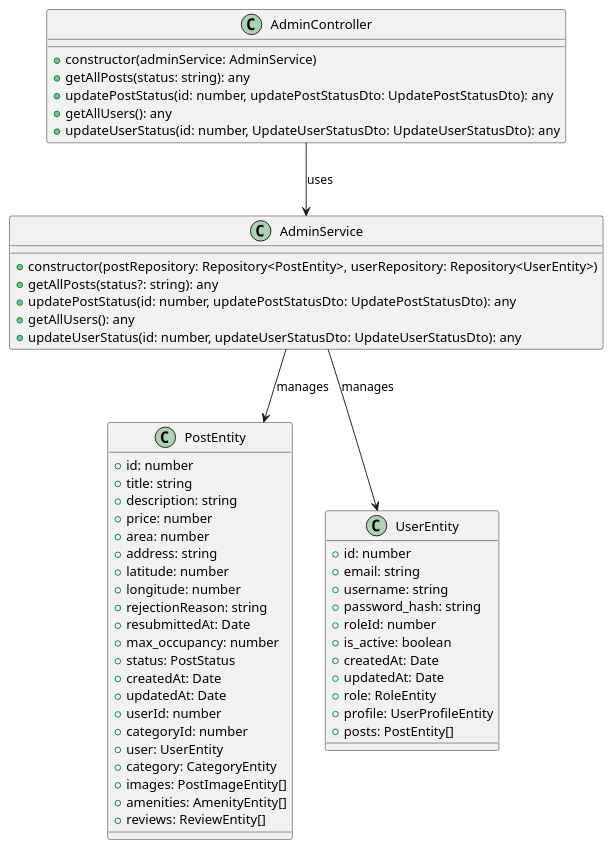
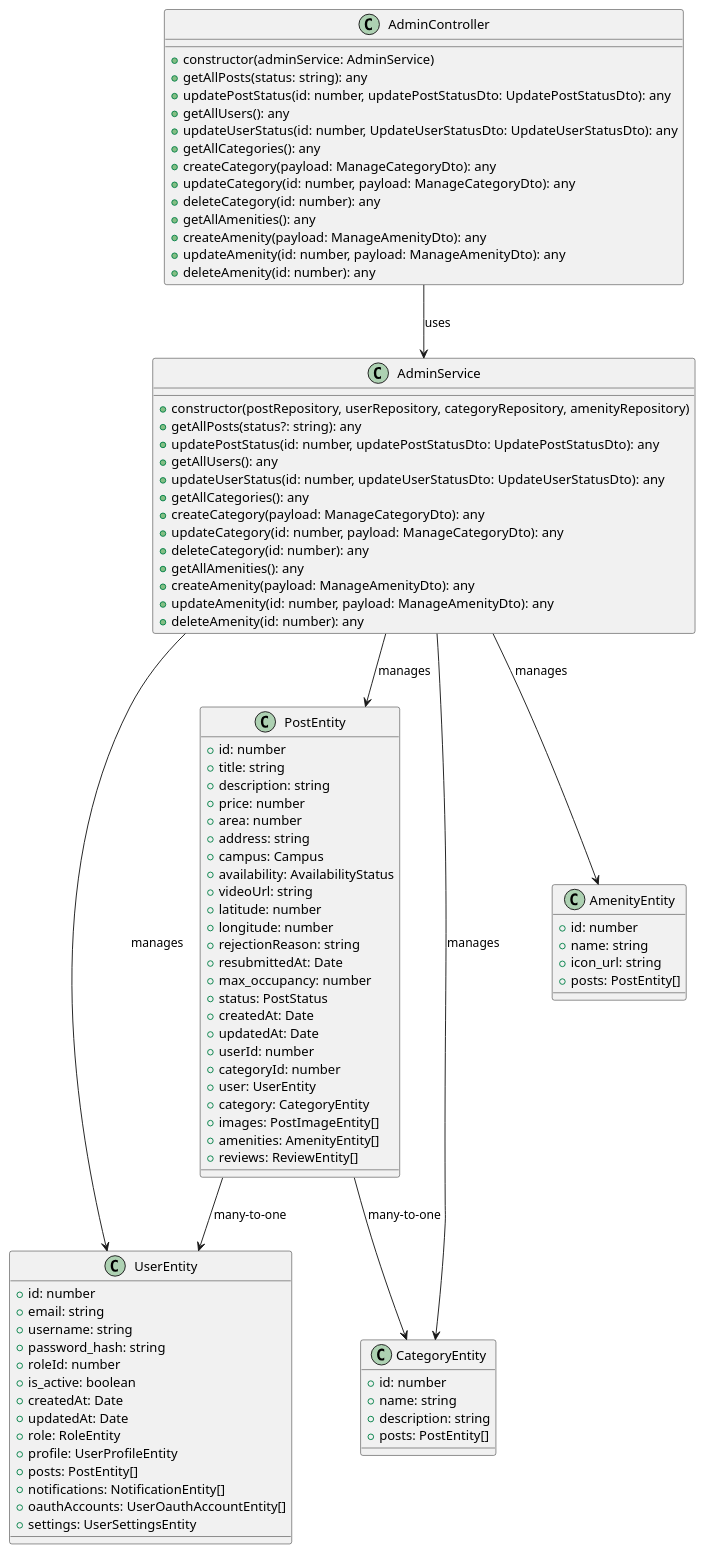
One commit to YueTruong/VLURentingProject changed the diagram in admin-controller-diagram.puml. Above: the diagram before and after it, drawn with PlantUML. The commit also changed other lines of this file and 17 other files, not shown here.

```diff
--- a/admin-controller-diagram.puml
+++ b/admin-controller-diagram.puml
@@ -1,62 +1,102 @@
 @startuml Admin Controller Diagram
 
 class AdminController {
   +constructor(adminService: AdminService)
   +getAllPosts(status: string): any
   +updatePostStatus(id: number, updatePostStatusDto: UpdatePostStatusDto): any
   +getAllUsers(): any
   +updateUserStatus(id: number, UpdateUserStatusDto: UpdateUserStatusDto): any
+  +getAllCategories(): any
+  +createCategory(payload: ManageCategoryDto): any
+  +updateCategory(id: number, payload: ManageCategoryDto): any
+  +deleteCategory(id: number): any
+  +getAllAmenities(): any
+  +createAmenity(payload: ManageAmenityDto): any
+  +updateAmenity(id: number, payload: ManageAmenityDto): any
+  +deleteAmenity(id: number): any
 }
 
 class AdminService {
-  +constructor(postRepository: Repository<PostEntity>, userRepository: Repository<UserEntity>)
+  +constructor(postRepository, userRepository, categoryRepository, amenityRepository)
   +getAllPosts(status?: string): any
   +updatePostStatus(id: number, updatePostStatusDto: UpdatePostStatusDto): any
   +getAllUsers(): any
   +updateUserStatus(id: number, updateUserStatusDto: UpdateUserStatusDto): any
+  +getAllCategories(): any
+  +createCategory(payload: ManageCategoryDto): any
+  +updateCategory(id: number, payload: ManageCategoryDto): any
+  +deleteCategory(id: number): any
+  +getAllAmenities(): any
+  +createAmenity(payload: ManageAmenityDto): any
+  +updateAmenity(id: number, payload: ManageAmenityDto): any
+  +deleteAmenity(id: number): any
 }
 
 class PostEntity {
   +id: number
   +title: string
   +description: string
   +price: number
   +area: number
   +address: string
+  +campus: Campus
+  +availability: AvailabilityStatus
+  +videoUrl: string
   +latitude: number
   +longitude: number
   +rejectionReason: string
   +resubmittedAt: Date
   +max_occupancy: number
   +status: PostStatus
   +createdAt: Date
   +updatedAt: Date
   +userId: number
   +categoryId: number
   +user: UserEntity
   +category: CategoryEntity
   +images: PostImageEntity[]
   +amenities: AmenityEntity[]
   +reviews: ReviewEntity[]
 }
 
 class UserEntity {
   +id: number
   +email: string
   +username: string
   +password_hash: string
   +roleId: number
   +is_active: boolean
   +createdAt: Date
   +updatedAt: Date
   +role: RoleEntity
   +profile: UserProfileEntity
   +posts: PostEntity[]
+  +notifications: NotificationEntity[]
+  +oauthAccounts: UserOauthAccountEntity[]
+  +settings: UserSettingsEntity
+}
+
+class CategoryEntity {
+  +id: number
+  +name: string
+  +description: string
+  +posts: PostEntity[]
+}
+
+class AmenityEntity {
+  +id: number
+  +name: string
+  +icon_url: string
+  +posts: PostEntity[]
 }
 
 ' Relationships
 AdminController --> AdminService : uses
 AdminService --> PostEntity : manages
 AdminService --> UserEntity : manages
+AdminService --> CategoryEntity : manages
+AdminService --> AmenityEntity : manages
+PostEntity --> CategoryEntity : many-to-one
+PostEntity --> UserEntity : many-to-one
 
 @enduml
```
